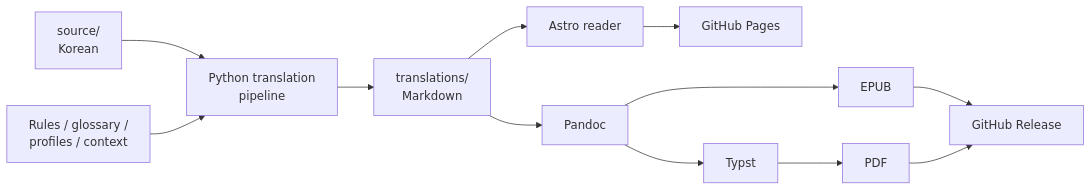
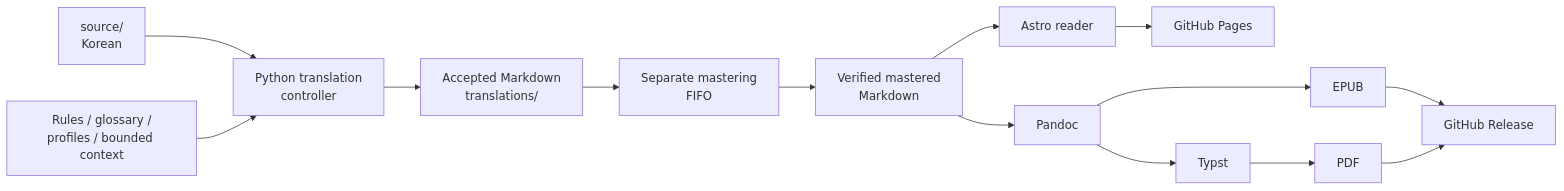
Before and after one commit to jimzrt/murim-login: the second of 2 diagrams in README.md, drawn with Mermaid. The commit also changed other lines of this file and 1 other file, not shown here.

Commit message:
Refactor README files to clarify mastering workflow and update translation process details

````diff
--- a/README.md
+++ b/README.md
@@ -74,17 +127,18 @@
 ```mermaid
 flowchart LR
-    S["source/<br/>Korean"] --> T["Python translation<br/>pipeline"]
-    C["Rules / glossary /<br/>profiles / context"] --> T
+    S["source/<br/>Korean"] --> T["Python translation<br/>controller"]
+    C["Rules / glossary /<br/>profiles / bounded context"] --> T
 
-    T --> M["translations/<br/>Markdown"]
-
-    M --> W["Astro reader"]
-    M --> P["Pandoc"]
+    T --> A["Accepted Markdown<br/>translations/"]
+    A --> M["Separate mastering<br/>FIFO"]
+    M --> F["Verified mastered<br/>Markdown"]
+    F --> W["Astro reader"]
+    F --> P["Pandoc"]
     P --> E["EPUB"]
     P --> Y["Typst"]
     Y --> PDF["PDF"]
 
     W --> GH["GitHub Pages"]
     E --> R["GitHub Release"]
     PDF --> R
 ```
````
